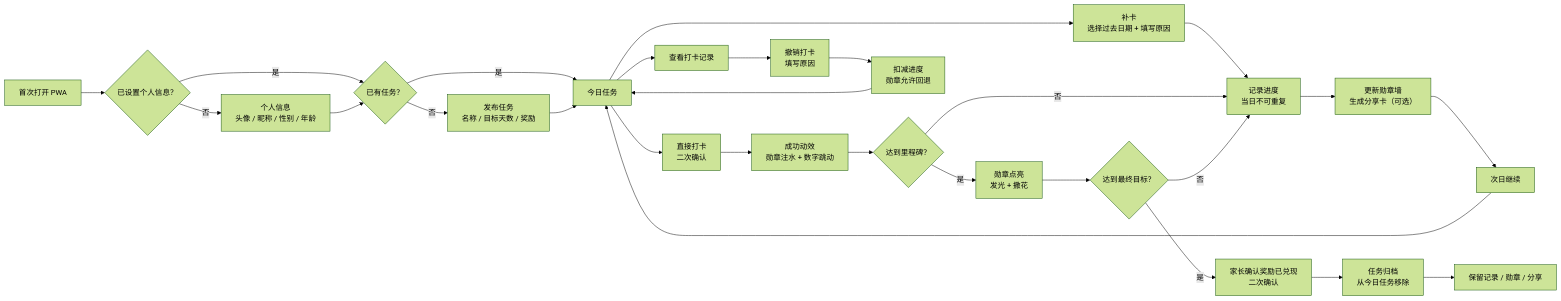
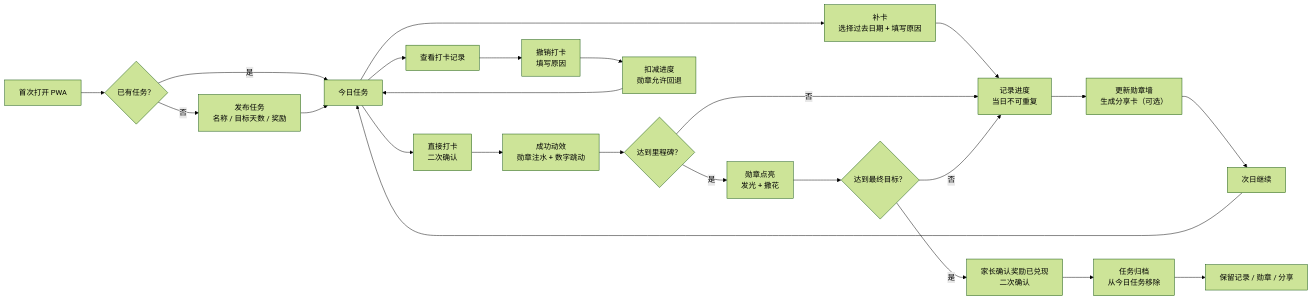
One commit to GZ-gu/tiantian-checkin changed the diagram in docs/天天打卡_V1.1_PRD.md. Above: the diagram before and after it, drawn with Mermaid (forest theme). The commit also changed other lines of this file and 10 other files, not shown here.

````diff
--- a/docs/天天打卡_V1.1_PRD.md
+++ b/docs/天天打卡_V1.1_PRD.md
@@ -96,29 +96,26 @@
 ```mermaid
 flowchart LR
-  A["首次打开 PWA"] --> A1{"已设置个人信息？"}
-  A1 -->|否| A2["个人信息<br/>头像 / 昵称 / 性别 / 年龄"]
-  A1 -->|是| B{"已有任务？"}
-  A2 --> B
+  A["首次打开 PWA"] --> B{"已有任务？"}
   B -->|否| C["发布任务<br/>名称 / 目标天数 / 奖励"]
   B -->|是| D["今日任务"]
   C --> D
   D --> E["直接打卡<br/>二次确认"]
   D --> M["补卡<br/>选择过去日期 + 填写原因"]
   E --> F["成功动效<br/>勋章注水 + 数字跳动"]
   M --> H
   F --> G{"达到里程碑？"}
   G -->|否| H["记录进度<br/>当日不可重复"]
   G -->|是| I["勋章点亮<br/>发光 + 撒花"]
   I --> Q{"达到最终目标？"}
   Q -->|否| H
   Q -->|是| J["家长确认奖励已兑现<br/>二次确认"]
   J --> R["任务归档<br/>从今日任务移除"]
   H --> K["更新勋章墙<br/>生成分享卡（可选）"]
   R --> S["保留记录 / 勋章 / 分享"]
   D --> N["查看打卡记录"]
   N --> O["撤销打卡<br/>填写原因"]
   O --> P["扣减进度<br/>勋章允许回退"]
   P --> D
   K --> L["次日继续"]
   L --> D
 ```
````
